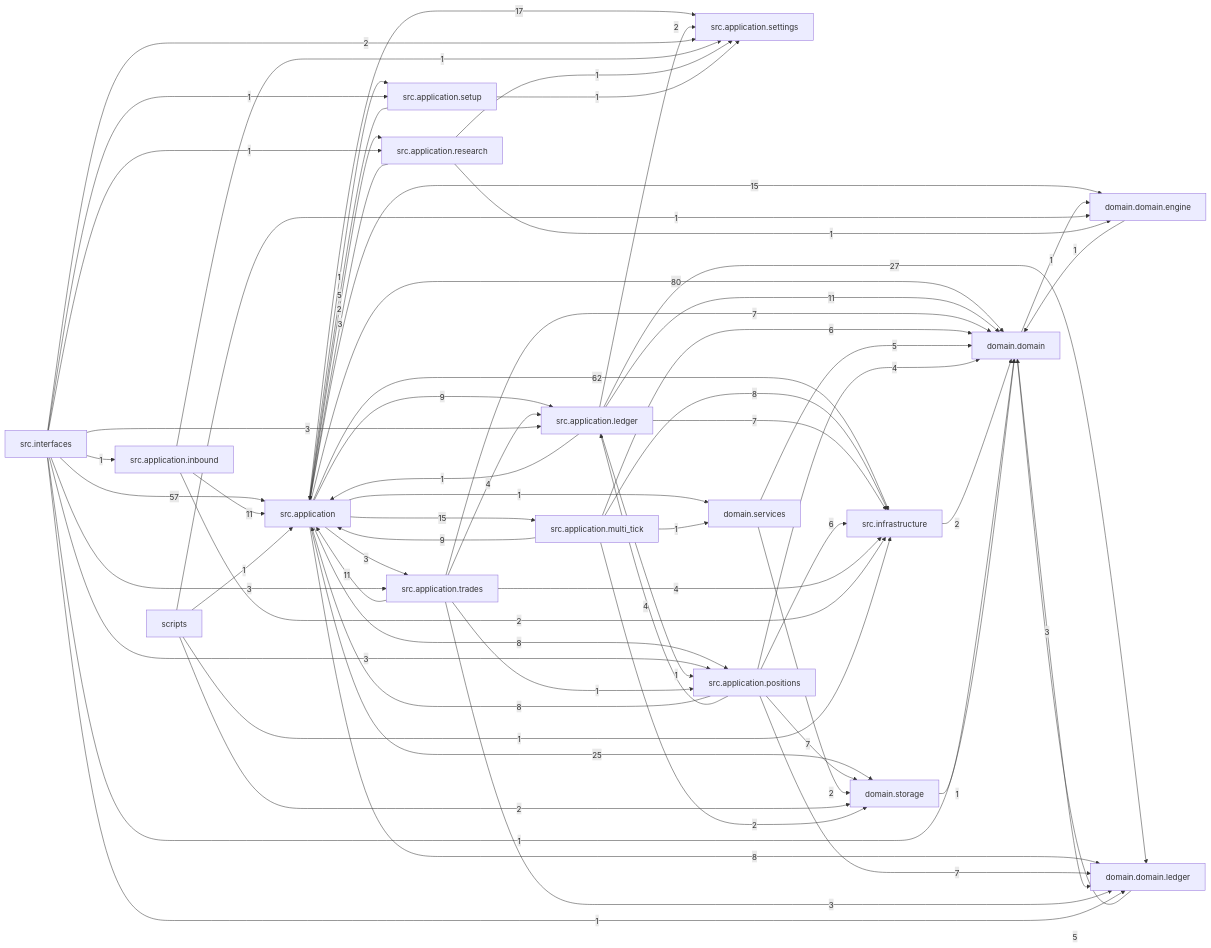
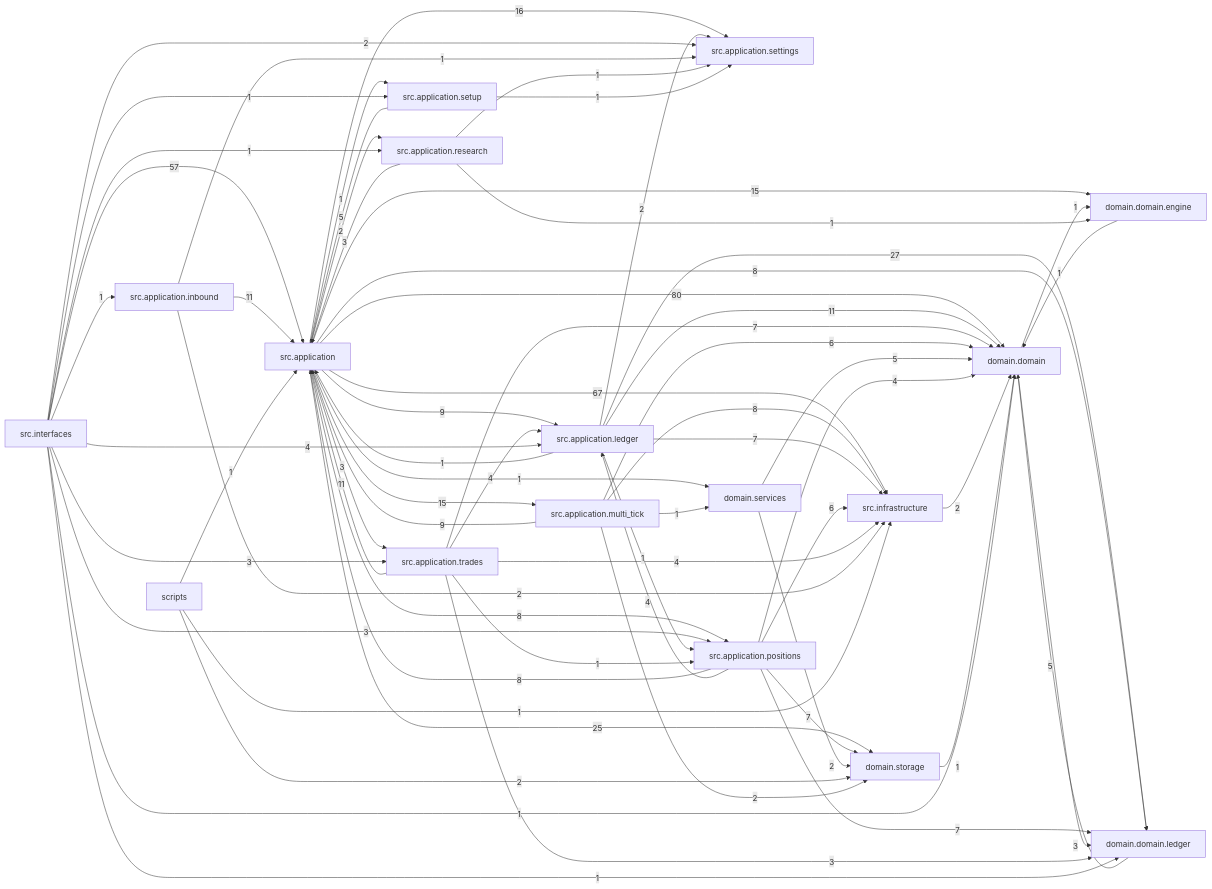
One commit to liuxie066/options-monitor changed the diagram in docs/dependency_graph.mmd. Above: the diagram before and after it, drawn with Mermaid. The commit also changed 93 other files, not shown here.

```diff
--- a/docs/dependency_graph.mmd
+++ b/docs/dependency_graph.mmd
@@ -1,67 +1,66 @@
 flowchart LR
   src_application["src.application"] -->|80| domain_domain["domain.domain"]
-  src_application["src.application"] -->|62| src_infrastructure["src.infrastructure"]
+  src_application["src.application"] -->|67| src_infrastructure["src.infrastructure"]
   src_interfaces["src.interfaces"] -->|57| src_application["src.application"]
   src_application_ledger["src.application.ledger"] -->|27| domain_domain_ledger["domain.domain.ledger"]
   src_application["src.application"] -->|25| domain_storage["domain.storage"]
-  src_application["src.application"] -->|17| src_application_settings["src.application.settings"]
+  src_application["src.application"] -->|16| src_application_settings["src.application.settings"]
   src_application["src.application"] -->|15| domain_domain_engine["domain.domain.engine"]
   src_application["src.application"] -->|15| src_application_multi_tick["src.application.multi_tick"]
   src_application_inbound["src.application.inbound"] -->|11| src_application["src.application"]
   src_application_ledger["src.application.ledger"] -->|11| domain_domain["domain.domain"]
   src_application_trades["src.application.trades"] -->|11| src_application["src.application"]
   src_application["src.application"] -->|9| src_application_ledger["src.application.ledger"]
   src_application_multi_tick["src.application.multi_tick"] -->|9| src_application["src.application"]
   src_application["src.application"] -->|8| domain_domain_ledger["domain.domain.ledger"]
   src_application["src.application"] -->|8| src_application_positions["src.application.positions"]
   src_application_multi_tick["src.application.multi_tick"] -->|8| src_infrastructure["src.infrastructure"]
   src_application_positions["src.application.positions"] -->|8| src_application["src.application"]
   src_application_ledger["src.application.ledger"] -->|7| src_infrastructure["src.infrastructure"]
   src_application_positions["src.application.positions"] -->|7| domain_domain_ledger["domain.domain.ledger"]
   src_application_positions["src.application.positions"] -->|7| domain_storage["domain.storage"]
   src_application_trades["src.application.trades"] -->|7| domain_domain["domain.domain"]
   src_application_multi_tick["src.application.multi_tick"] -->|6| domain_domain["domain.domain"]
   src_application_positions["src.application.positions"] -->|6| src_infrastructure["src.infrastructure"]
   domain_domain_ledger["domain.domain.ledger"] -->|5| domain_domain["domain.domain"]
   domain_services["domain.services"] -->|5| domain_domain["domain.domain"]
   src_application_setup["src.application.setup"] -->|5| src_application["src.application"]
   src_application_positions["src.application.positions"] -->|4| domain_domain["domain.domain"]
   src_application_positions["src.application.positions"] -->|4| src_application_ledger["src.application.ledger"]
   src_application_trades["src.application.trades"] -->|4| src_application_ledger["src.application.ledger"]
   src_application_trades["src.application.trades"] -->|4| src_infrastructure["src.infrastructure"]
+  src_interfaces["src.interfaces"] -->|4| src_application_ledger["src.application.ledger"]
   domain_domain["domain.domain"] -->|3| domain_domain_ledger["domain.domain.ledger"]
   src_application["src.application"] -->|3| src_application_trades["src.application.trades"]
   src_application_research["src.application.research"] -->|3| src_application["src.application"]
   src_application_trades["src.application.trades"] -->|3| domain_domain_ledger["domain.domain.ledger"]
-  src_interfaces["src.interfaces"] -->|3| src_application_ledger["src.application.ledger"]
   src_interfaces["src.interfaces"] -->|3| src_application_positions["src.application.positions"]
   src_interfaces["src.interfaces"] -->|3| src_application_trades["src.application.trades"]
   domain_services["domain.services"] -->|2| domain_storage["domain.storage"]
   scripts["scripts"] -->|2| domain_storage["domain.storage"]
   src_application["src.application"] -->|2| src_application_research["src.application.research"]
   src_application_inbound["src.application.inbound"] -->|2| src_infrastructure["src.infrastructure"]
   src_application_ledger["src.application.ledger"] -->|2| src_application_settings["src.application.settings"]
   src_application_multi_tick["src.application.multi_tick"] -->|2| domain_storage["domain.storage"]
   src_infrastructure["src.infrastructure"] -->|2| domain_domain["domain.domain"]
   src_interfaces["src.interfaces"] -->|2| src_application_settings["src.application.settings"]
   domain_domain["domain.domain"] -->|1| domain_domain_engine["domain.domain.engine"]
   domain_domain_engine["domain.domain.engine"] -->|1| domain_domain["domain.domain"]
   domain_storage["domain.storage"] -->|1| domain_domain["domain.domain"]
-  scripts["scripts"] -->|1| domain_domain_engine["domain.domain.engine"]
   scripts["scripts"] -->|1| src_application["src.application"]
   scripts["scripts"] -->|1| src_infrastructure["src.infrastructure"]
   src_application["src.application"] -->|1| domain_services["domain.services"]
   src_application["src.application"] -->|1| src_application_setup["src.application.setup"]
   src_application_inbound["src.application.inbound"] -->|1| src_application_settings["src.application.settings"]
   src_application_ledger["src.application.ledger"] -->|1| src_application["src.application"]
   src_application_ledger["src.application.ledger"] -->|1| src_application_positions["src.application.positions"]
   src_application_multi_tick["src.application.multi_tick"] -->|1| domain_services["domain.services"]
   src_application_research["src.application.research"] -->|1| domain_domain_engine["domain.domain.engine"]
   src_application_research["src.application.research"] -->|1| src_application_settings["src.application.settings"]
   src_application_setup["src.application.setup"] -->|1| src_application_settings["src.application.settings"]
   src_application_trades["src.application.trades"] -->|1| src_application_positions["src.application.positions"]
   src_interfaces["src.interfaces"] -->|1| domain_domain["domain.domain"]
   src_interfaces["src.interfaces"] -->|1| domain_domain_ledger["domain.domain.ledger"]
   src_interfaces["src.interfaces"] -->|1| src_application_inbound["src.application.inbound"]
   src_interfaces["src.interfaces"] -->|1| src_application_research["src.application.research"]
   src_interfaces["src.interfaces"] -->|1| src_application_setup["src.application.setup"]
```
